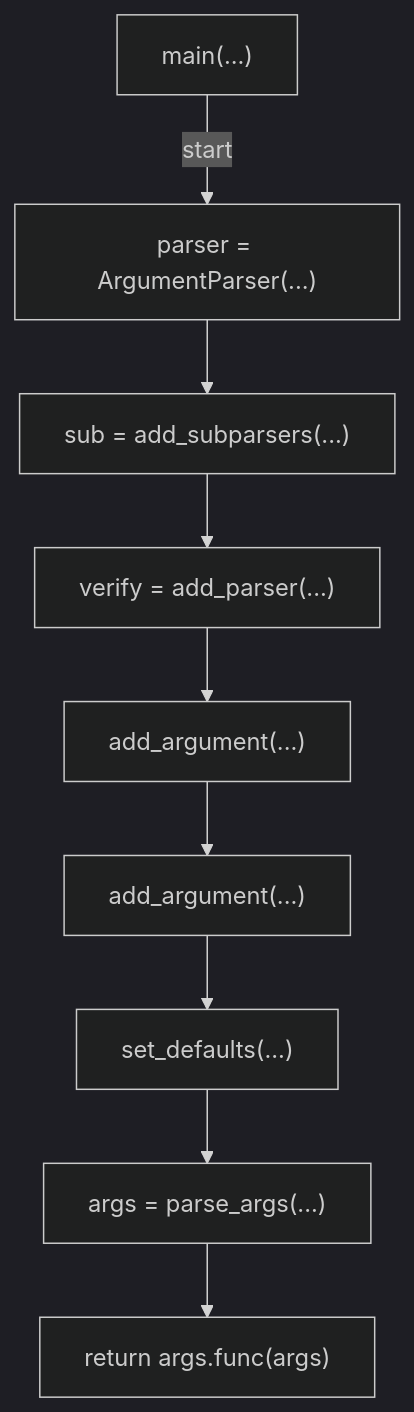
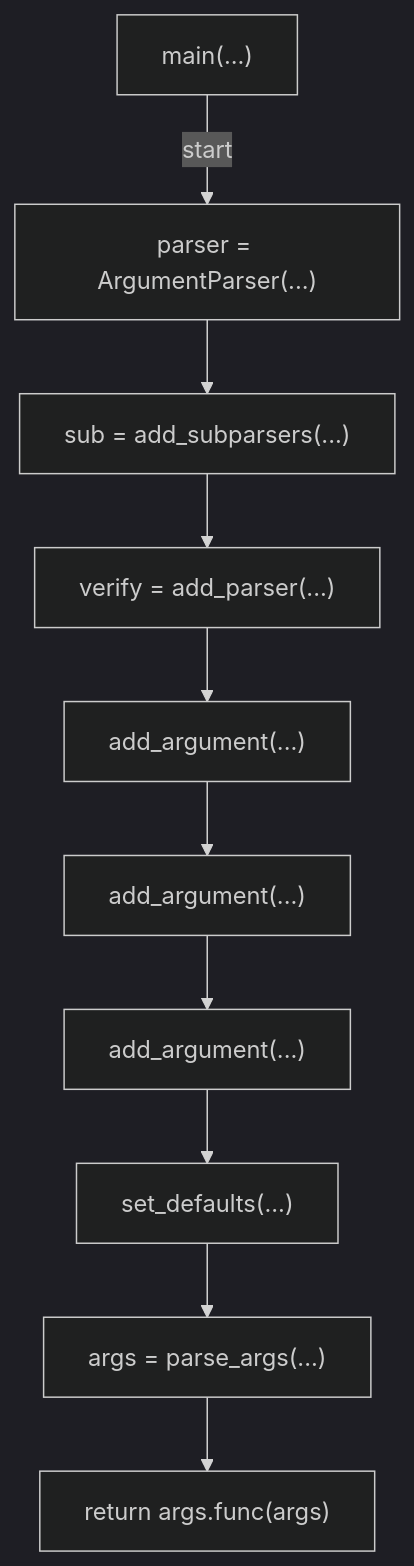
Diagram 12 of 12 in docs/generated/scripts/ast/scan_hook_coverage_drift.md (tvna/claude-md), drawn with Mermaid (dark theme) before and after one commit. The commit also changed other lines of this file, not shown here.

First line of the commit message:
docs(generated): regenerate decision tree and workflow diagrams

````diff
--- a/docs/generated/scripts/ast/scan_hook_coverage_drift.md
+++ b/docs/generated/scripts/ast/scan_hook_coverage_drift.md
@@ -155,20 +194,22 @@
 ```mermaid
 flowchart TD
     N001["main(...)"]
     N002["parser = ArgumentParser(...)"]
     N003["sub = add_subparsers(...)"]
     N004["verify = add_parser(...)"]
     N005["add_argument(...)"]
     N006["add_argument(...)"]
-    N007["set_defaults(...)"]
-    N008["args = parse_args(...)"]
-    N009["return args.func(args)"]
+    N007["add_argument(...)"]
+    N008["set_defaults(...)"]
+    N009["args = parse_args(...)"]
+    N010["return args.func(args)"]
     N001 -->|"start"| N002
     N002 --> N003
     N003 --> N004
     N004 --> N005
     N005 --> N006
     N006 --> N007
     N007 --> N008
     N008 --> N009
+    N009 --> N010
 ```
````
